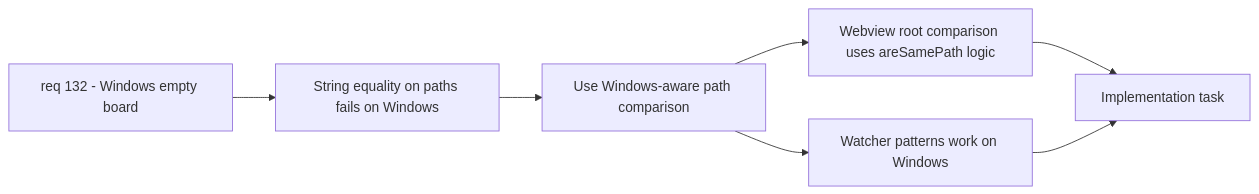
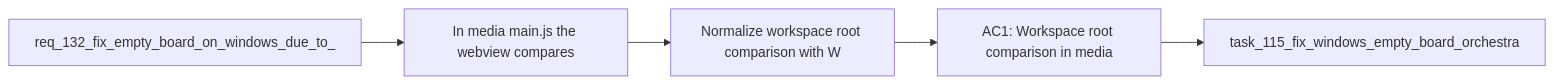
One commit to AlexAgo83/logics-manager changed the diagram in logics/backlog/item_252_normalize_workspace_root_comparison_with_windows_aware_path_logic.md. Above: the diagram before and after it, drawn with Mermaid. The commit also changed 481 other files, not shown here.

````diff
--- a/logics/backlog/item_252_normalize_workspace_root_comparison_with_windows_aware_path_logic.md
+++ b/logics/backlog/item_252_normalize_workspace_root_comparison_with_windows_aware_path_logic.md
@@ -23,11 +23,9 @@
 ```mermaid
 %% logics-kind: backlog
 %% logics-signature: backlog|normalize-workspace-root-comparison-with|req-132-fix-empty-board-on-windows-due-t|in-media-main-js-the-webview-compares|ac1-workspace-root-comparison-in-media
 flowchart LR
-    Request[req 132 - Windows empty board] --> Problem[String equality on paths fails on Windows]
-    Problem --> Scope[Use Windows-aware path comparison]
-    Scope --> AC1[Webview root comparison uses areSamePath logic]
-    Scope --> AC2[Watcher patterns work on Windows]
-    AC1 --> Task[Implementation task]
-    AC2 --> Task
+    Request[req_132_fix_empty_board_on_windows_due_to_] --> Problem[In media main.js the webview compares]
+    Problem --> Scope[Normalize workspace root comparison with W]
+    Scope --> Acceptance[AC1: Workspace root comparison in media]
+    Acceptance --> Tasks[task_115_fix_windows_empty_board_orchestra]
 ```
````
